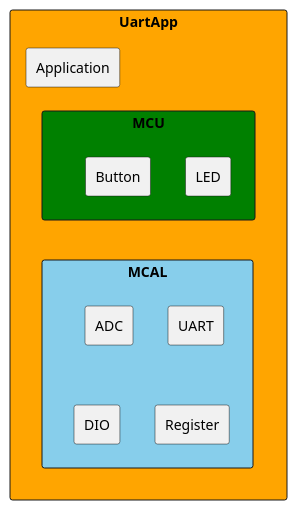
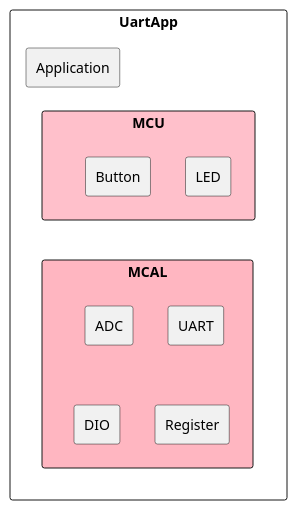
The first of 2 diagrams in Documents/Project_Design_Report.md (Rokaia34/Embedded_Systems_ROKAIA_2301199), drawn with PlantUML before and after one commit.

Commit message:
Add all project files

````diff
--- a/Documents/Project_Design_Report.md
+++ b/Documents/Project_Design_Report.md
@@ -35,22 +35,22 @@
 ```plantuml
 @startuml
-rectangle UartApp #orange {
+rectangle UartApp #white {
   rectangle Application
-    rectangle MCU #green {
+    rectangle MCU #pink {
         rectangle LED
         rectangle Button
     }
 
-    rectangle MCAL #skyblue {
+    rectangle MCAL #lightpink {
             rectangle ADC
             rectangle UART
             rectangle DIO
             rectangle Register
     }
     
     Application -[hidden]-> MCU
     MCU -[hidden]-> MCAL
 }
 @enduml
 
 ```
````
